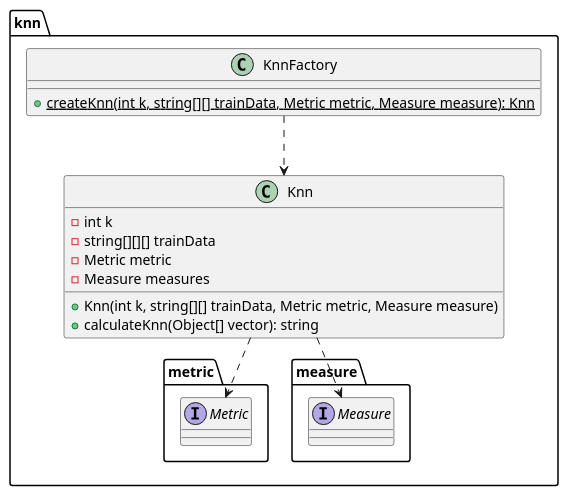
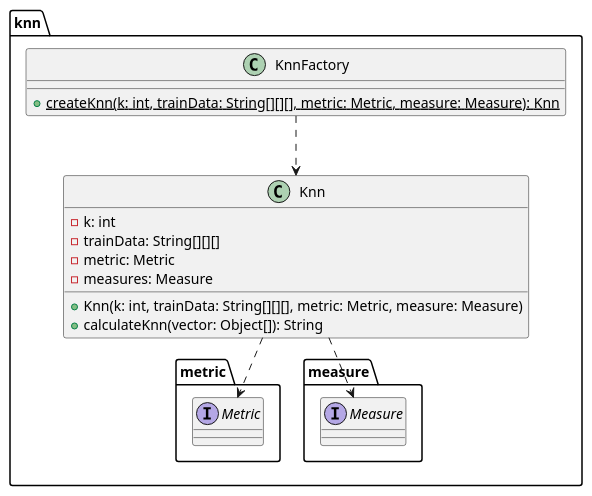
Before and after one commit to kambed/Computer-Recognition-Systems: the seventh of 10 diagrams in README.md, drawn with PlantUML. The commit also changed other lines of this file, not shown here.

Commit message:
UML fixes

````diff
--- a/README.md
+++ b/README.md
@@ -308,25 +308,25 @@
 ```plantuml
 package knn {
     class Knn {
-        - int k
-        - string[][][] trainData
-        - Metric metric
-        - Measure measures
-        + Knn(int k, string[][] trainData, Metric metric, Measure measure)
-        + calculateKnn(Object[] vector): string
+        - k: int
+        - trainData: String[][][]
+        - metric: Metric
+        - measures: Measure
+        + Knn(k: int, trainData: String[][][], metric: Metric, measure: Measure)
+        + calculateKnn(vector: Object[]): String
     }
     class KnnFactory {
-        + {static} createKnn(int k, string[][] trainData, Metric metric, Measure measure): Knn
+        + {static} createKnn(k: int, trainData: String[][][], metric: Metric, measure: Measure): Knn
     }
    KnnFactory ..> Knn
    
     package metric {
         interface Metric
         Knn ..> Metric
     }
     package measure {
         interface Measure
         Knn ..> Measure
     }
 }
 ```
````
